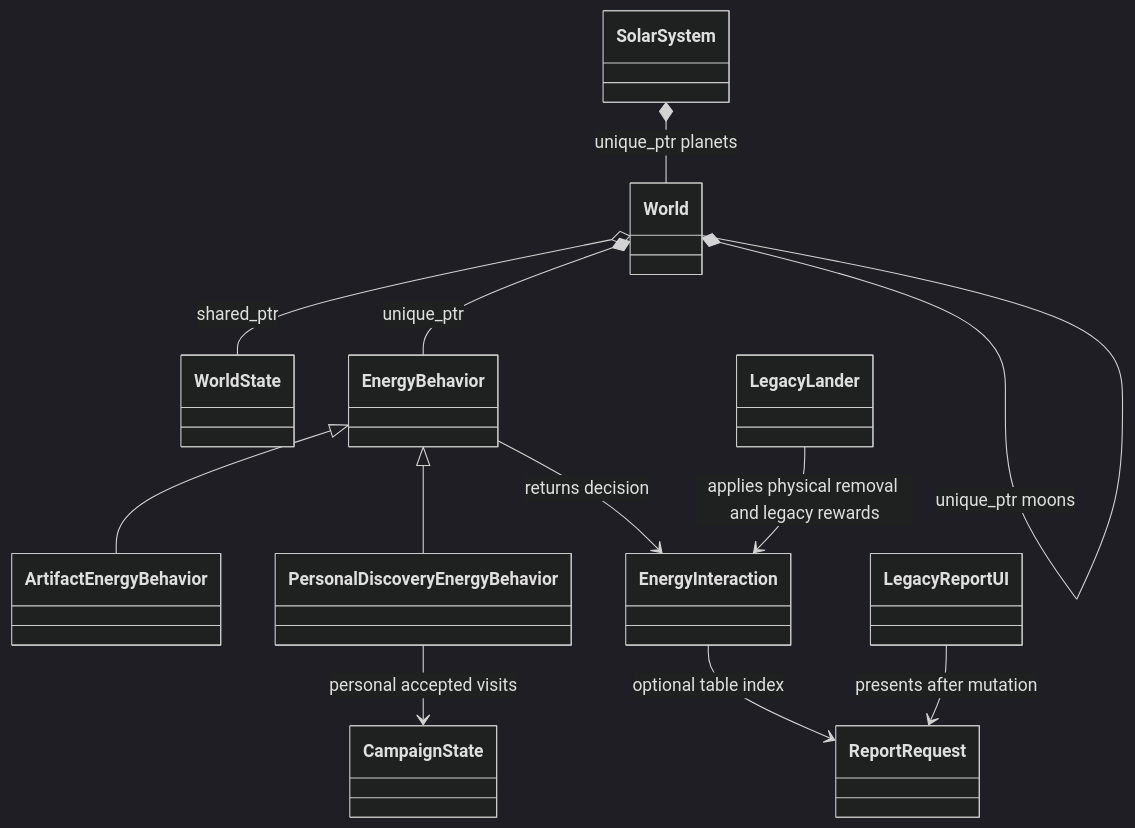
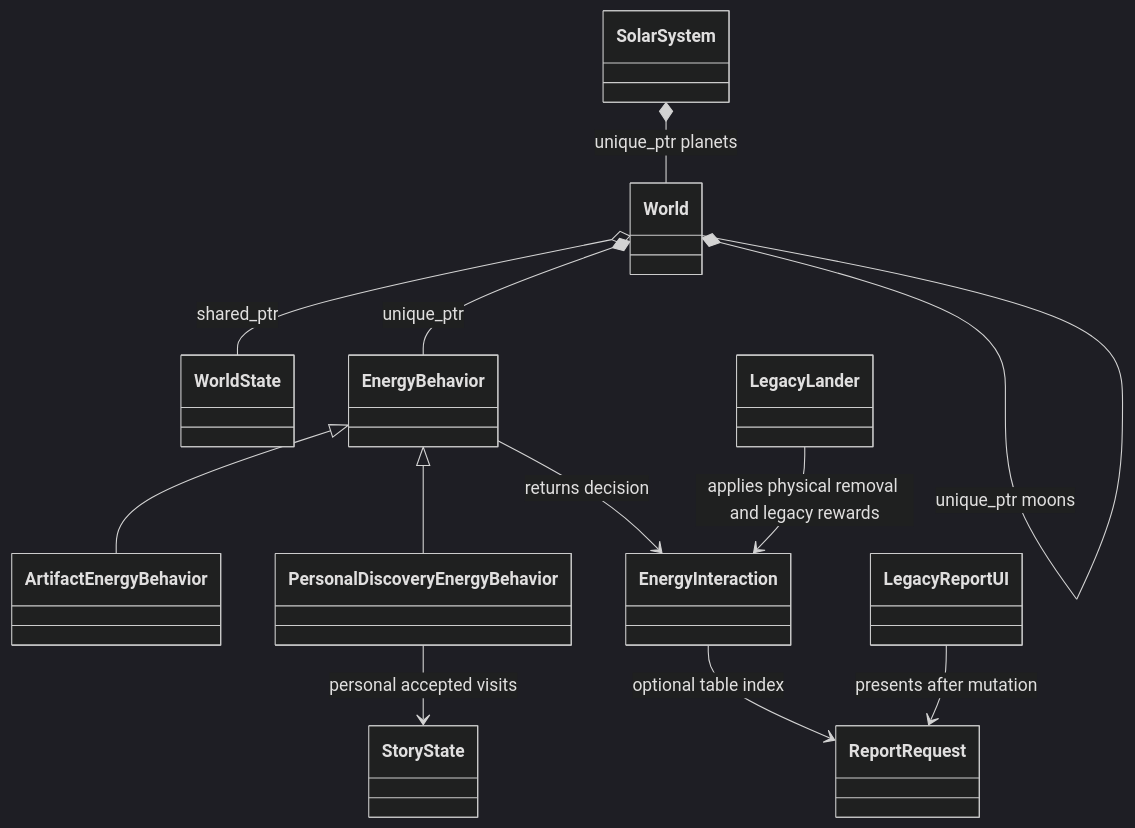
Before and after one commit to yost-jacob/uqm-cpp17: the diagram in docs/design/solar-system/energy-behavior.md, drawn with Mermaid (dark theme). The commit also changed 84 other files, not shown here.

Commit message:
Rename personal CampaignState to StoryState throughout native code

````diff
--- a/docs/design/solar-system/energy-behavior.md
+++ b/docs/design/solar-system/energy-behavior.md
@@ -8,14 +8,14 @@
 ```mermaid
 classDiagram
     SolarSystem *-- World : unique_ptr planets
     World *-- World : unique_ptr moons
     World o-- WorldState : shared_ptr
     World *-- EnergyBehavior : unique_ptr
     EnergyBehavior <|-- ArtifactEnergyBehavior
     EnergyBehavior <|-- PersonalDiscoveryEnergyBehavior
     EnergyBehavior --> EnergyInteraction : returns decision
-    PersonalDiscoveryEnergyBehavior --> CampaignState : personal accepted visits
+    PersonalDiscoveryEnergyBehavior --> StoryState : personal accepted visits
     EnergyInteraction --> ReportRequest : optional table index
     LegacyLander --> EnergyInteraction : applies physical removal and legacy rewards
     LegacyReportUI --> ReportRequest : presents after mutation
 ```
````
